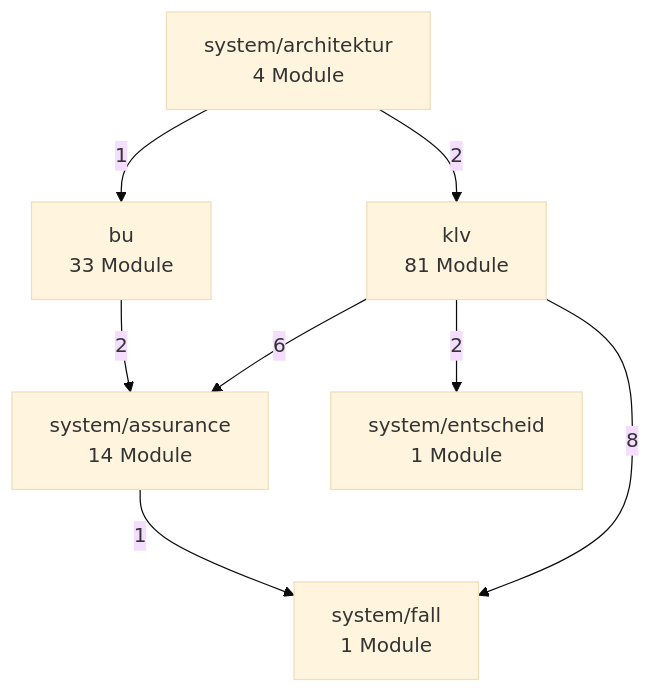
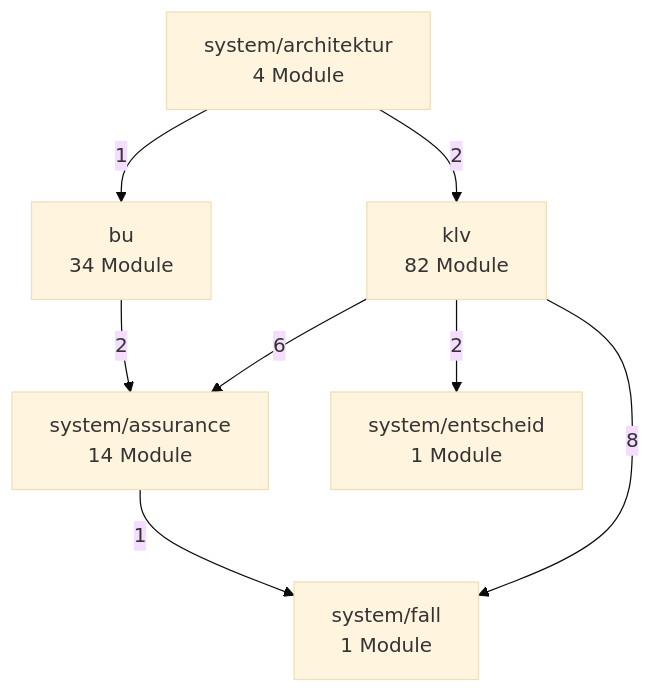
The second of 3 diagrams in docs/architektur/landkarte.md (bartlmac/rechner-pipeline), drawn with Mermaid (base theme) before and after one commit. The commit also changed other lines of this file and 12 other files, not shown here.

````diff
--- a/docs/architektur/landkarte.md
+++ b/docs/architektur/landkarte.md
@@ -78,17 +78,17 @@
 ```mermaid
 %% Fachknoten — erzeugt von ontologie.landkarte
 flowchart TD
-    bu["bu<br/>33 Module"]
-    klv["klv<br/>81 Module"]
+    bu["bu<br/>34 Module"]
+    klv["klv<br/>82 Module"]
     system_architektur["system/architektur<br/>4 Module"]
     system_assurance["system/assurance<br/>14 Module"]
     system_entscheid["system/entscheid<br/>1 Module"]
     system_fall["system/fall<br/>1 Module"]
     bu -- 2 --> system_assurance
     klv -- 6 --> system_assurance
     klv -- 2 --> system_entscheid
     klv -- 8 --> system_fall
     system_architektur -- 1 --> bu
     system_architektur -- 2 --> klv
     system_assurance -- 1 --> system_fall
 ```
````
